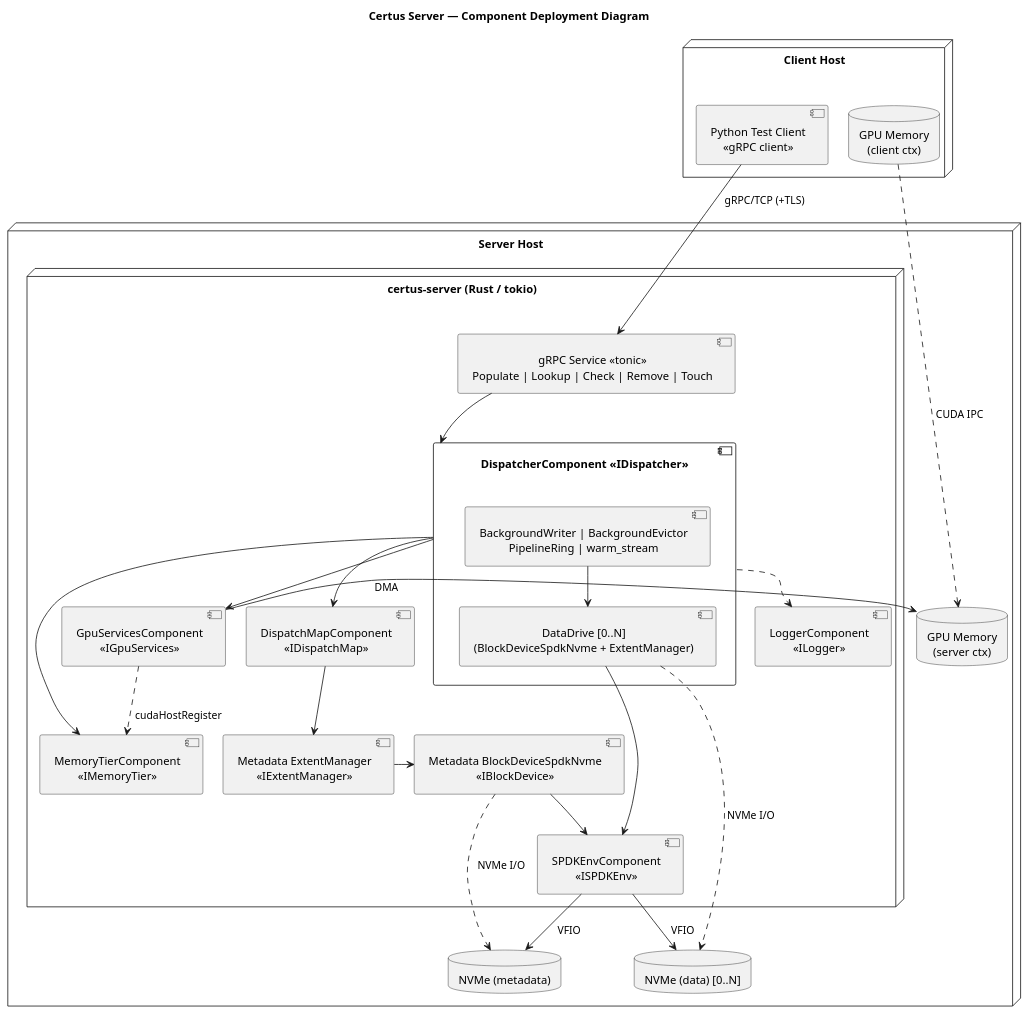
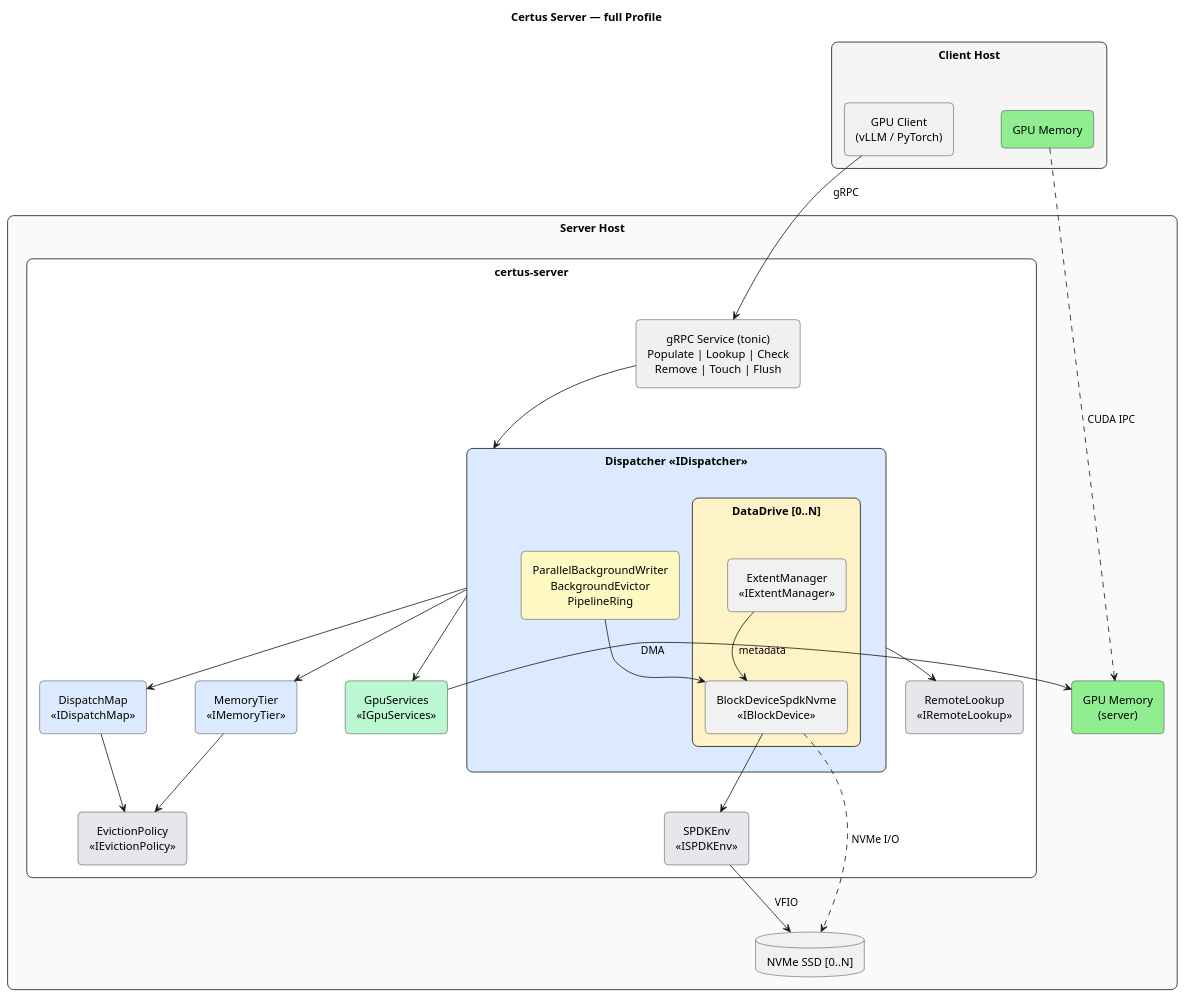
Before and after one commit to AI-native-Systems-Research/ai-native-storage-certus: the diagram in design/profiles/full/certus-server-deployment.puml, drawn with PlantUML. The commit also changed 5 other files, not shown here.

First line of the commit message:
feat: update full profile diagrams to new style with .puml sources

```diff
--- a/design/profiles/full/certus-server-deployment.puml
+++ b/design/profiles/full/certus-server-deployment.puml
@@ -1,83 +1,79 @@
-@startuml certus-server-deployment
+@startuml
 skinparam defaultTextAlignment center
-skinparam padding 3
-skinparam nodesep 25
-skinparam ranksep 25
+skinparam padding 4
+skinparam nodesep 60
+skinparam ranksep 50
+skinparam rectangle {
+    RoundCorner 15
+}
+skinparam agent {
+    RoundCorner 10
+}
+hide stereotype
 
-title Certus Server — Component Deployment Diagram
+title Certus Server — full Profile
 
 ' ============================================================
 ' CLIENT
 ' ============================================================
-node "Client Host" {
-    component "Python Test Client\n<<gRPC client>>" as pyclient
-    database "GPU Memory\n(client ctx)" as client_gpu
-    pyclient -right[hidden]- client_gpu
+rectangle "**Client Host**" as client_box #F5F5F5 {
+    agent "GPU Client\n(vLLM / PyTorch)" as pyclient
+    agent "GPU Memory" as client_gpu #LightGreen
 }
 
 ' ============================================================
 ' SERVER
 ' ============================================================
-node "Server Host" {
+rectangle "**Server Host**" as server_box #FAFAFA {
 
-    node "certus-server (Rust / tokio)" {
+    rectangle "certus-server" as server_proc #White {
 
-        component "gRPC Service <<tonic>>\nPopulate | Lookup | Check | Remove | Touch" as grpc
+        agent "gRPC Service (tonic)\nPopulate | Lookup | Check\nRemove | Touch | Flush" as grpc #F0F0F0
 
-        component "DispatcherComponent <<IDispatcher>>" as dispatcher {
-            component "BackgroundWriter | BackgroundEvictor\nPipelineRing | warm_stream" as disp_bg
-            component "DataDrive [0..N]\n(BlockDeviceSpdkNvme + ExtentManager)" as data_drive
+        rectangle "**Dispatcher** <<IDispatcher>>" as dispatcher #DBEAFE {
+            rectangle "DataDrive [0..N]" as data_drive #FEF3C7 {
+                agent "BlockDeviceSpdkNvme\n<<IBlockDevice>>" as blkdev
+                agent "ExtentManager\n<<IExtentManager>>" as extmgr
+            }
+            agent "ParallelBackgroundWriter\nBackgroundEvictor\nPipelineRing" as disp_bg #FEF9C3
         }
 
-        component "DispatchMapComponent\n<<IDispatchMap>>" as dispatch_map
-        component "MemoryTierComponent\n<<IMemoryTier>>" as memory_tier
-        component "GpuServicesComponent\n<<IGpuServices>>" as gpu_svc
-        component "LoggerComponent\n<<ILogger>>" as logger
-
-        component "Metadata ExtentManager\n<<IExtentManager>>" as meta_em
-        component "Metadata BlockDeviceSpdkNvme\n<<IBlockDevice>>" as meta_bd
-        component "SPDKEnvComponent\n<<ISPDKEnv>>" as spdk_env
+        agent "DispatchMap\n<<IDispatchMap>>" as dispatch_map #DBEAFE
+        agent "MemoryTier\n<<IMemoryTier>>" as memory_tier #DBEAFE
+        agent "EvictionPolicy\n<<IEvictionPolicy>>" as eviction #E5E7EB
+        agent "GpuServices\n<<IGpuServices>>" as gpu_svc #BBF7D0
+        agent "SPDKEnv\n<<ISPDKEnv>>" as spdk_env #E5E7EB
+        agent "RemoteLookup\n<<IRemoteLookup>>" as remote_lookup #E5E7EB
     }
 
-    database "GPU Memory\n(server ctx)" as server_gpu
-    database "NVMe (metadata)" as nvme_meta
-    database "NVMe (data) [0..N]" as nvme_data
+    agent "GPU Memory\n(server)" as server_gpu #LightGreen
+    database "NVMe SSD [0..N]" as nvme_data
 }
 
 ' ============================================================
 ' CONNECTIONS
 ' ============================================================
 
-' Client → Server
-pyclient -down-> grpc : "gRPC/TCP (+TLS)"
-client_gpu .down.> server_gpu : "CUDA IPC"
+pyclient -down-> grpc : gRPC
+client_gpu .down.> server_gpu : CUDA IPC
 
-' gRPC → Dispatcher
 grpc -down-> dispatcher
 
-' Dispatcher bindings (receptacles)
 dispatcher -down-> dispatch_map
 dispatcher -down-> memory_tier
 dispatcher -down-> gpu_svc
-dispatcher ..> logger
-data_drive -down-> spdk_env
+dispatcher --> remote_lookup
 
-' Dispatcher internal
-disp_bg -down-> data_drive
+dispatch_map -down-> eviction
+memory_tier -down-> eviction
 
-' DispatchMap metadata chain
-dispatch_map -down-> meta_em
-meta_em -right-> meta_bd
-meta_bd -down-> spdk_env
+disp_bg --> blkdev
+blkdev -down-> spdk_env
+extmgr --> blkdev : metadata
 
-' GPU
-gpu_svc -right-> server_gpu : "DMA"
-gpu_svc .down.> memory_tier : "cudaHostRegister"
+gpu_svc -right-> server_gpu : DMA
 
-' SPDK → hardware
-spdk_env -down-> nvme_meta : "VFIO"
-spdk_env -down-> nvme_data : "VFIO"
-data_drive ..> nvme_data : "NVMe I/O"
-meta_bd ..> nvme_meta : "NVMe I/O"
+spdk_env -down-> nvme_data : VFIO
+blkdev .down.> nvme_data : NVMe I/O
 
 @enduml
```
